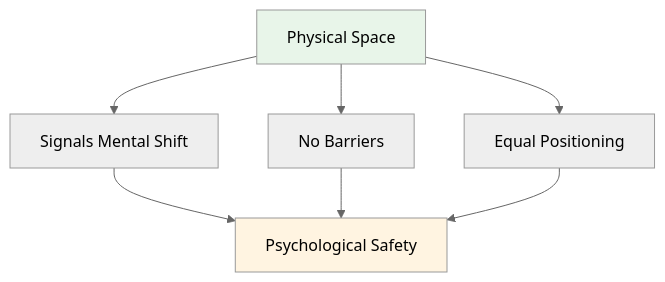
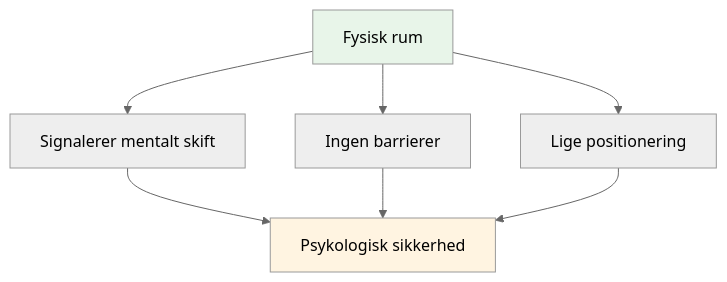
Before and after one commit to patwii/petanque-academy: the second of 4 diagrams in docs/da/workshop.md, drawn with Mermaid (neutral theme). The commit also changed other lines of this file and 532 other files, not shown here.

````diff
--- a/docs/da/workshop.md
+++ b/docs/da/workshop.md
@@ -85,13 +213,13 @@
 ```mermaid
 graph TD
-    A[Physical Space] --> B[Signals Mental Shift]
-    A --> C[No Barriers]
-    A --> D[Equal Positioning]
+    A[Fysisk rum] --> B[Signalerer mentalt skift]
+    A --> C[Ingen barrierer]
+    A --> D[Lige positionering]
 
-    B --> E[Psychological Safety]
+    B --> E[Psykologisk sikkerhed]
     C --> E
     D --> E
 
     style A fill:#e8f5e9
     style E fill:#fff4e1
 ```
````
